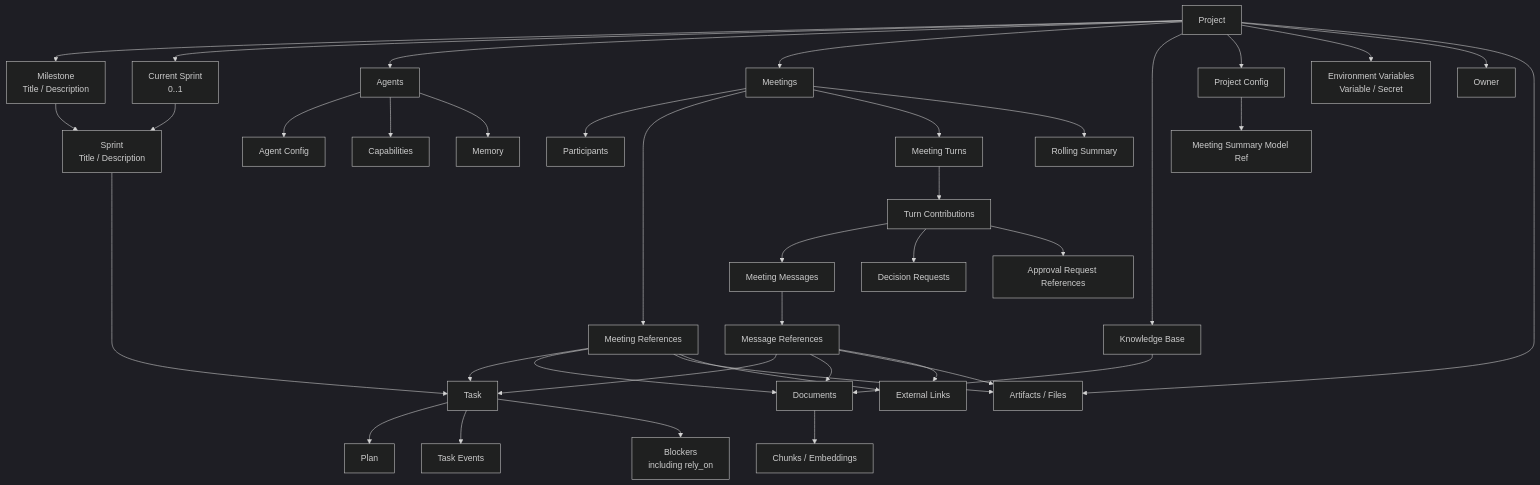
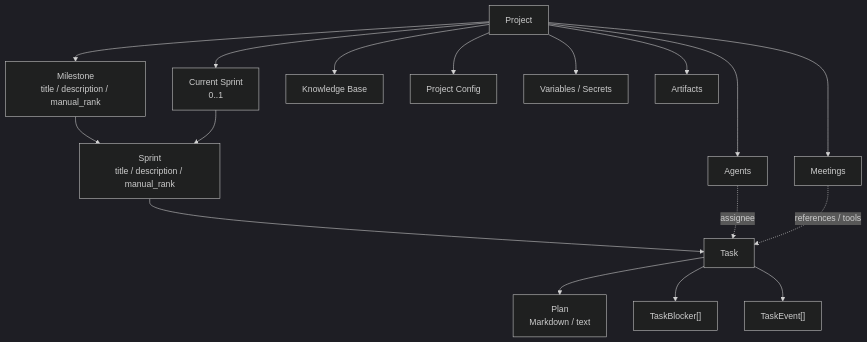
The first of 2 diagrams in docs/architecture/project-work-management/README.md (LunaDeerTech/agenteam), drawn with Mermaid (dark theme) before and after one commit. The commit also changed other lines of this file and 16 other files, not shown here.

````diff
--- a/docs/architecture/project-work-management/README.md
+++ b/docs/architecture/project-work-management/README.md
@@ -27,49 +38,23 @@
 ```mermaid
 flowchart TB
     Project["Project"]
-
-    Project --> Milestone["Milestone<br/>Title / Description"]
-    Milestone --> Sprint["Sprint<br/>Title / Description"]
+    Project --> Milestone["Milestone<br/>title / description / manual_rank"]
+    Milestone --> Sprint["Sprint<br/>title / description / manual_rank"]
     Sprint --> Task["Task"]
     Project --> CurrentSprint["Current Sprint<br/>0..1"]
     CurrentSprint --> Sprint
+
+    Task --> Plan["Plan<br/>Markdown / text"]
+    Task --> Blockers["TaskBlocker[]"]
+    Task --> Events["TaskEvent[]"]
 
     Project --> Agent["Agents"]
     Project --> Meeting["Meetings"]
     Project --> KB["Knowledge Base"]
     Project --> Config["Project Config"]
-    Project --> EnvVars["Environment Variables<br/>Variable / Secret"]
-    Project --> Owner["Owner"]
+    Project --> EnvVars["Variables / Secrets"]
+    Project --> Artifacts["Artifacts"]
 
-    Task --> Plan["Plan"]
-    Task --> Events["Task Events"]
-    Task --> Blockers["Blockers<br/>including rely_on"]
-
-    Meeting --> Participants["Participants"]
-    Meeting --> MeetingRefs["Meeting References"]
-    Meeting --> Turns["Meeting Turns"]
-    Turns --> Contributions["Turn Contributions"]
-    Contributions --> Messages["Meeting Messages"]
-    Messages --> MessageRefs["Message References"]
-    Contributions --> DecisionReq["Decision Requests"]
-    Contributions --> ApprovalRefs["Approval Request References"]
-    Meeting --> Summary["Rolling Summary"]
-
-    Agent --> AgentConfig["Agent Config"]
-    Agent --> Capability["Capabilities"]
-    Agent --> Memory["Memory"]
-    Config --> MeetingSummaryModel["Meeting Summary Model Ref"]
-
-    KB --> Documents["Documents"]
-    Project --> Artifacts["Artifacts / Files"]
-    Links["External Links"]
-    MeetingRefs --> Task
-    MeetingRefs --> Documents
-    MeetingRefs --> Artifacts
-    MeetingRefs --> Links
-    MessageRefs --> Task
-    MessageRefs --> Documents
-    MessageRefs --> Artifacts
-    MessageRefs --> Links
-    Documents --> Chunks["Chunks / Embeddings"]
+    Agent -. assignee .-> Task
+    Meeting -. references / tools .-> Task
 ```
````
